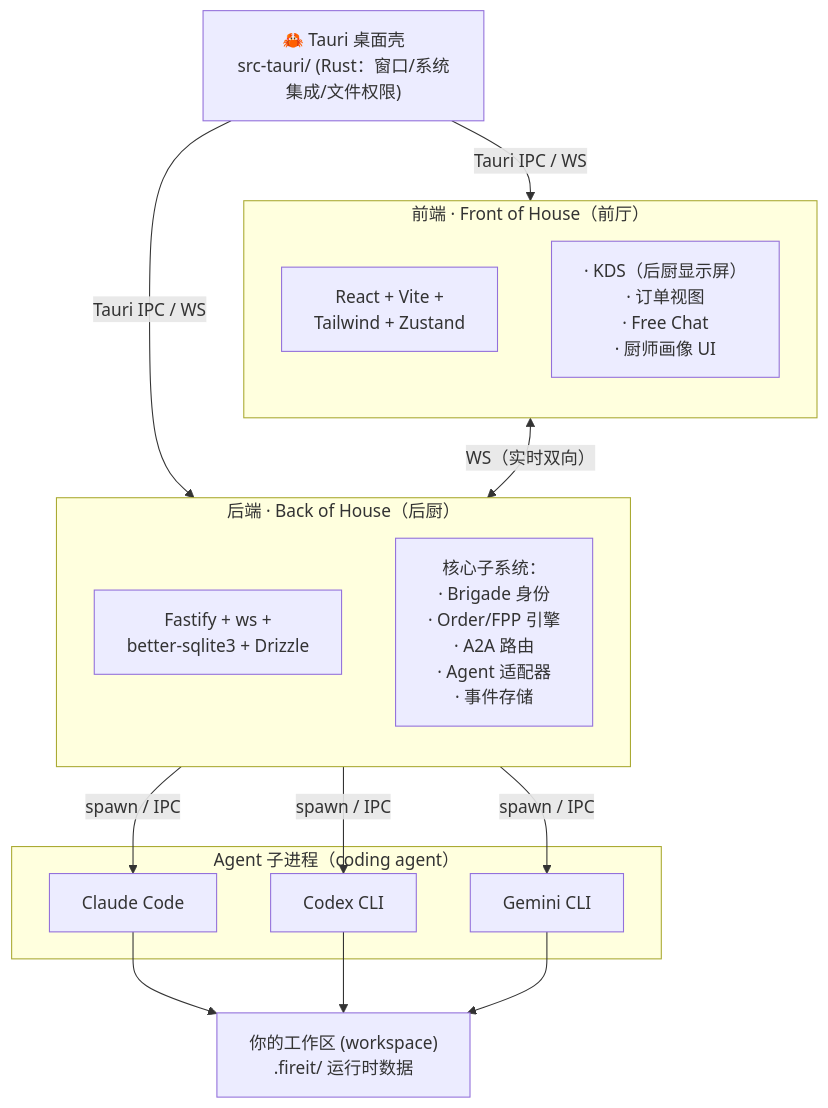
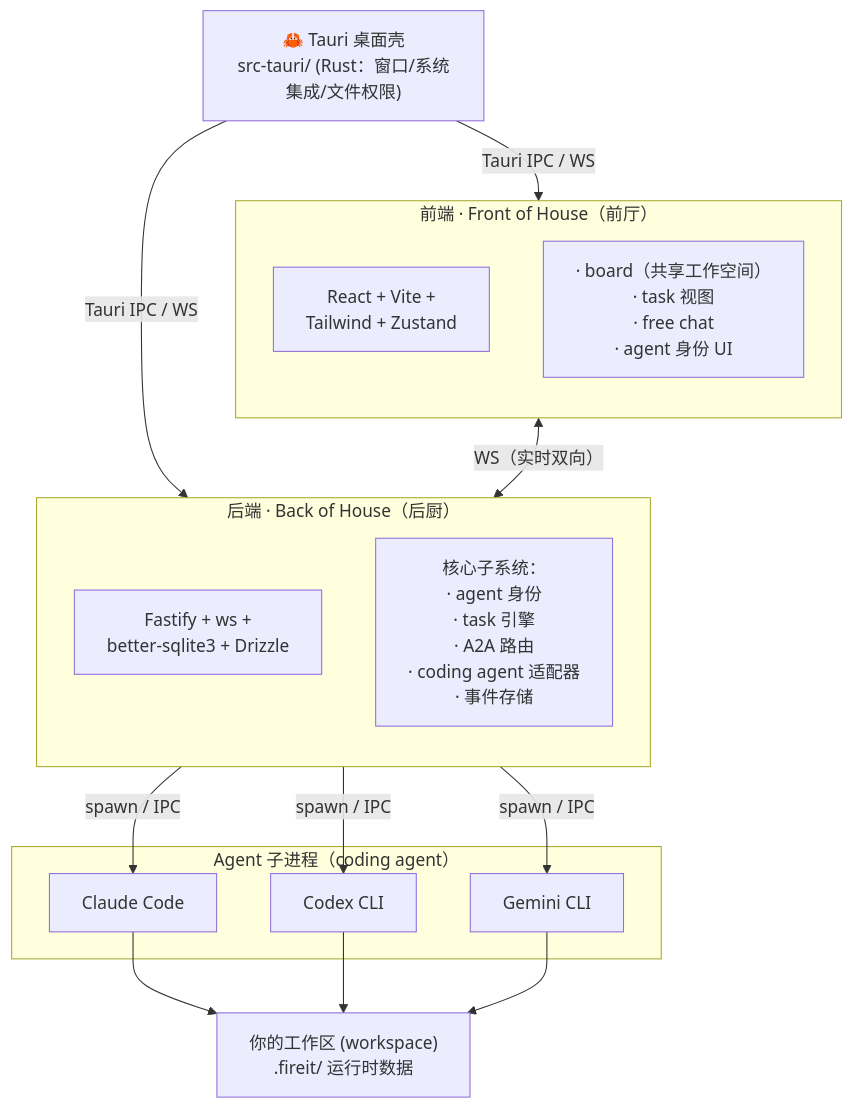
One commit to Chase0310/fireit changed the first of 3 diagrams in docs/technical/architecture.md. Above: the diagram before and after it, drawn with Mermaid. The commit also changed other lines of this file and 2 other files, not shown here.

First line of the commit message:
refactor(docs): 黑话→工程术语，PRD/architecture 可直接设计变量

````diff
--- a/docs/technical/architecture.md
+++ b/docs/technical/architecture.md
@@ -59,34 +59,34 @@
 ```mermaid
 flowchart TD
     Tauri["🦀 Tauri 桌面壳\nsrc-tauri/ (Rust：窗口/系统集成/文件权限)"]
 
     subgraph Front["前端 · Front of House（前厅）"]
         direction TB
         WebStack["React + Vite +\nTailwind + Zustand"]
-        WebModules["· KDS（后厨显示屏）\n· 订单视图\n· Free Chat\n· 厨师画像 UI"]
+        WebModules["· board（共享工作空间）\n· task 视图\n· free chat\n· agent 身份 UI"]
     end
 
     subgraph Back["后端 · Back of House（后厨）"]
         direction TB
         BackStack["Fastify + ws +\nbetter-sqlite3 + Drizzle"]
-        Subsystems["核心子系统：\n· Brigade 身份\n· Order/FPP 引擎\n· A2A 路由\n· Agent 适配器\n· 事件存储"]
+        Subsystems["核心子系统：\n· agent 身份\n· task 引擎\n· A2A 路由\n· coding agent 适配器\n· 事件存储"]
     end
 
     subgraph Agents["Agent 子进程（coding agent）"]
         Claude["Claude Code"]
         Codex["Codex CLI"]
         Gemini["Gemini CLI"]
     end
 
     WS["你的工作区 (workspace)\n.fireit/ 运行时数据"]
 
     Tauri -- "Tauri IPC / WS" --> Front
     Tauri -- "Tauri IPC / WS" --> Back
     Front <-- "WS（实时双向）" --> Back
     Back -- "spawn / IPC" --> Claude
     Back -- "spawn / IPC" --> Codex
     Back -- "spawn / IPC" --> Gemini
     Claude --> WS
     Codex --> WS
     Gemini --> WS
 ```
````
